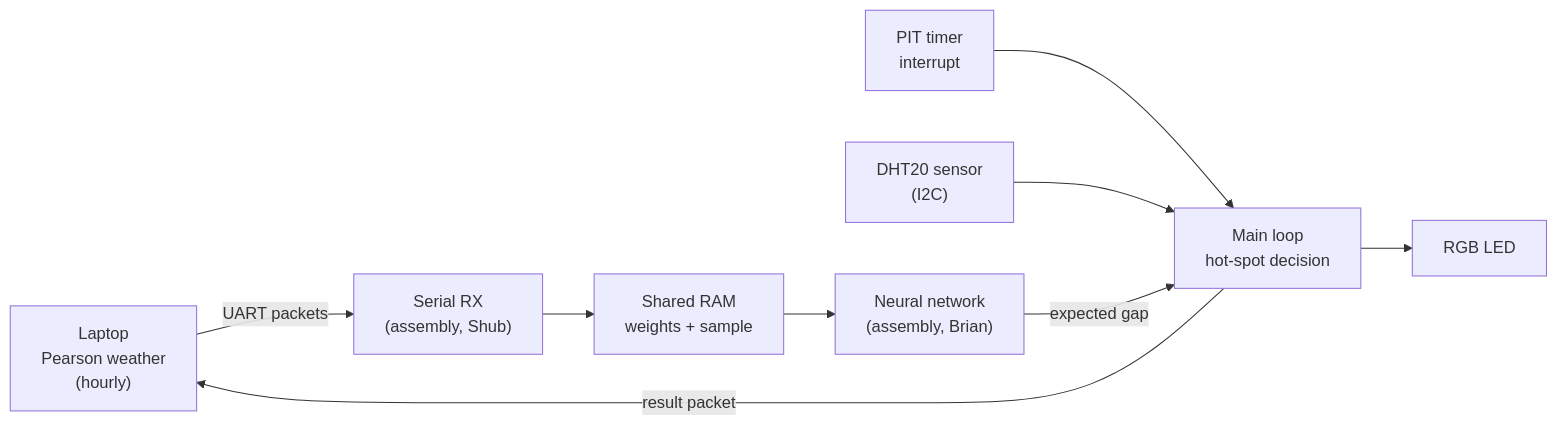
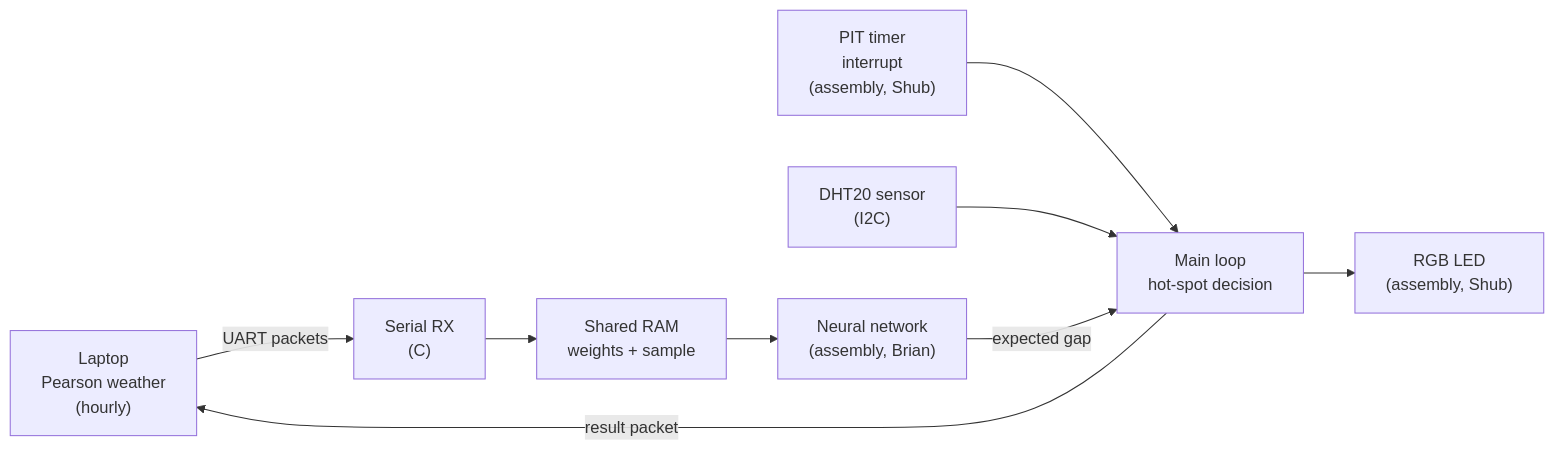
Before and after one commit to Brianwu-bsa/MicroprocessorFinalProject: the diagram in README.md, drawn with Mermaid. The commit also changed other lines of this file, not shown here.

Commit message:
Move Shub to PIT timer and LED in assembly; serial receive to C

````diff
--- a/README.md
+++ b/README.md
@@ -51,11 +51,11 @@
 ```mermaid
 flowchart LR
-    PC["Laptop<br/>Pearson weather<br/>(hourly)"] -- "UART packets" --> RX["Serial RX<br/>(assembly, Shub)"]
+    PC["Laptop<br/>Pearson weather<br/>(hourly)"] -- "UART packets" --> RX["Serial RX<br/>(C)"]
     RX --> BUF["Shared RAM<br/>weights + sample"]
     BUF --> NN["Neural network<br/>(assembly, Brian)"]
-    PIT["PIT timer<br/>interrupt"] --> MAIN
+    PIT["PIT timer<br/>interrupt<br/>(assembly, Shub)"] --> MAIN
     DHT["DHT20 sensor<br/>(I2C)"] --> MAIN["Main loop<br/>hot-spot decision"]
     NN -- "expected gap" --> MAIN
-    MAIN --> LED["RGB LED"]
+    MAIN --> LED["RGB LED<br/>(assembly, Shub)"]
     MAIN -- "result packet" --> PC
 ```
````
